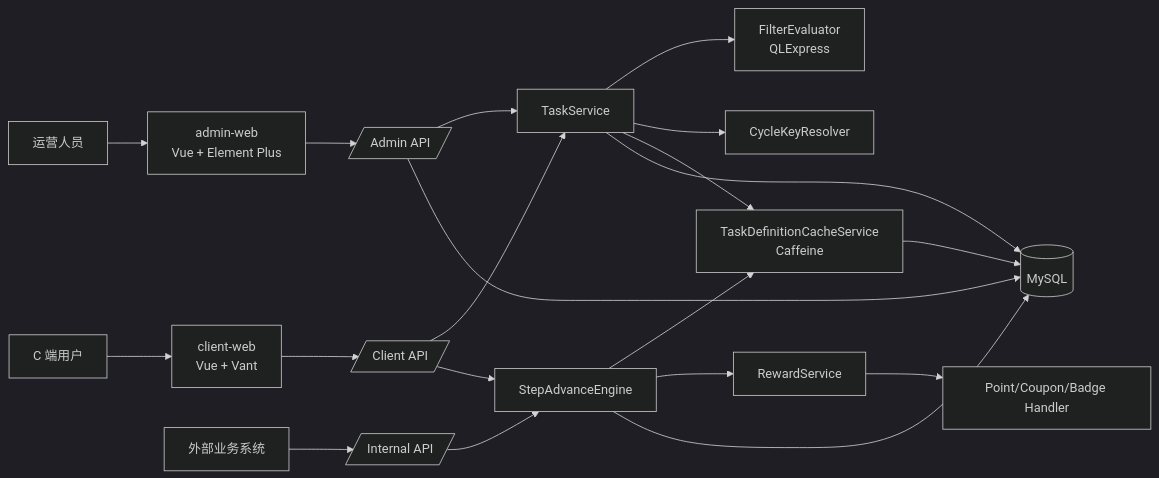
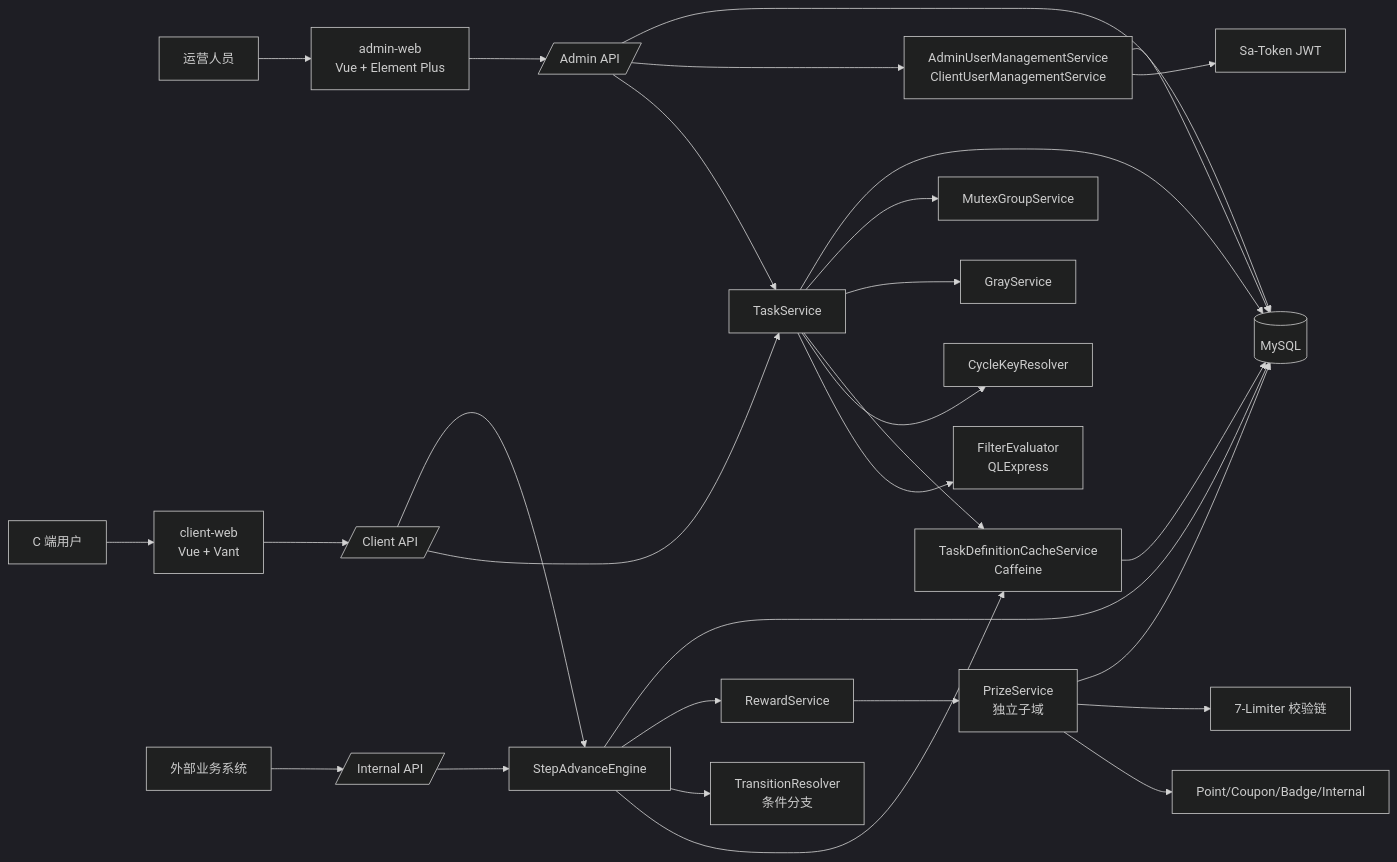
The first of 11 diagrams in docs/architecture.md (xuankuxiaohui/marketing-task-platform), drawn with Mermaid (dark theme) before and after one commit. The commit also changed other lines of this file and 7 other files, not shown here.

First line of the commit message:
docs: update architecture doc and add v0.5.0/v0.5.1 spec

````diff
--- a/docs/architecture.md
+++ b/docs/architecture.md
@@ -21,26 +35,37 @@
 ```mermaid
 flowchart LR
     AdminUser[运营人员] --> AdminWeb[admin-web<br/>Vue + Element Plus]
     ClientUser[C 端用户] --> ClientWeb[client-web<br/>Vue + Vant]
     BizSystem[外部业务系统] --> InternalApi[/Internal API/]
 
     AdminWeb --> AdminApi[/Admin API/]
     ClientWeb --> ClientApi[/Client API/]
 
     AdminApi --> TaskService[TaskService]
     ClientApi --> TaskService
     InternalApi --> StepAdvanceEngine[StepAdvanceEngine]
     ClientApi --> StepAdvanceEngine
 
     TaskService --> FilterEvaluator[FilterEvaluator<br/>QLExpress]
     TaskService --> CycleKeyResolver[CycleKeyResolver]
     TaskService --> DefinitionCache[TaskDefinitionCacheService<br/>Caffeine]
+    TaskService --> GrayService[GrayService]
+    TaskService --> MutexGroupService[MutexGroupService]
+
     StepAdvanceEngine --> DefinitionCache
+    StepAdvanceEngine --> TransitionResolver[TransitionResolver<br/>条件分支]
     StepAdvanceEngine --> RewardService[RewardService]
-    RewardService --> RewardHandlers[Point/Coupon/Badge Handler]
+    RewardService --> PrizeService[PrizeService<br/>独立子域]
+    PrizeService --> PrizeHandlers[Point/Coupon/Badge/Internal]
+    PrizeService --> PrizeLimiters[7-Limiter 校验链]
+
+    AdminApi --> UserMgmt[AdminUserManagementService<br/>ClientUserManagementService]
+    UserMgmt --> SaToken[Sa-Token JWT]
 
     TaskService --> DB[(MySQL)]
     DefinitionCache --> DB
     StepAdvanceEngine --> DB
+    PrizeService --> DB
     AdminApi --> DB
+    UserMgmt --> DB
 ```
````
